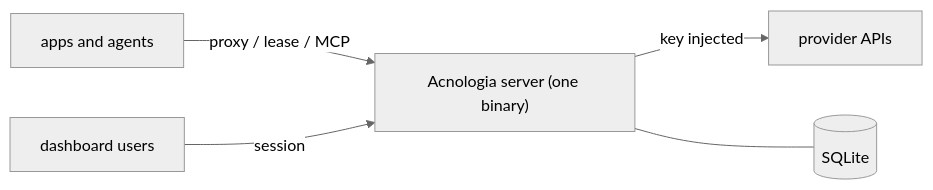
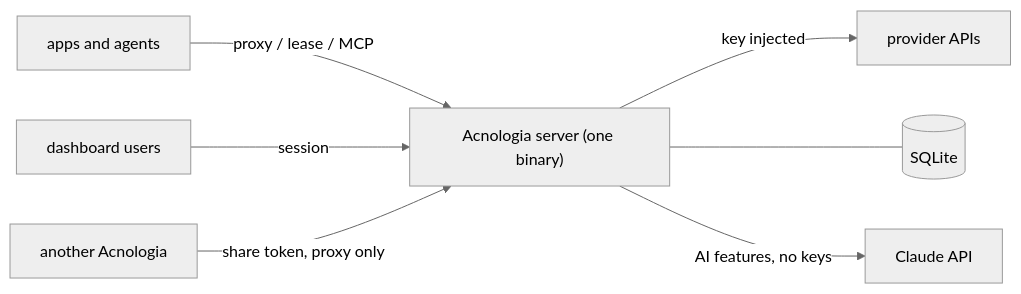
Before and after one commit to sidharthpunathil/acnologia: the diagram in docs/README.md, drawn with Mermaid (neutral theme). The commit also changed other lines of this file and 1 other file, not shown here.

````diff
--- a/docs/README.md
+++ b/docs/README.md
@@ -19,7 +21,9 @@
 ```mermaid
 flowchart LR
     Apps["apps and agents"] -->|"proxy / lease / MCP"| Acnologia["Acnologia server (one binary)"]
     Admins["dashboard users"] -->|"session"| Acnologia
+    Peer["another Acnologia"] -->|"share token, proxy only"| Acnologia
     Acnologia -->|"key injected"| Providers["provider APIs"]
     Acnologia --- DB[("SQLite")]
+    Acnologia -->|"AI features, no keys"| Claude["Claude API"]
 ```
````
